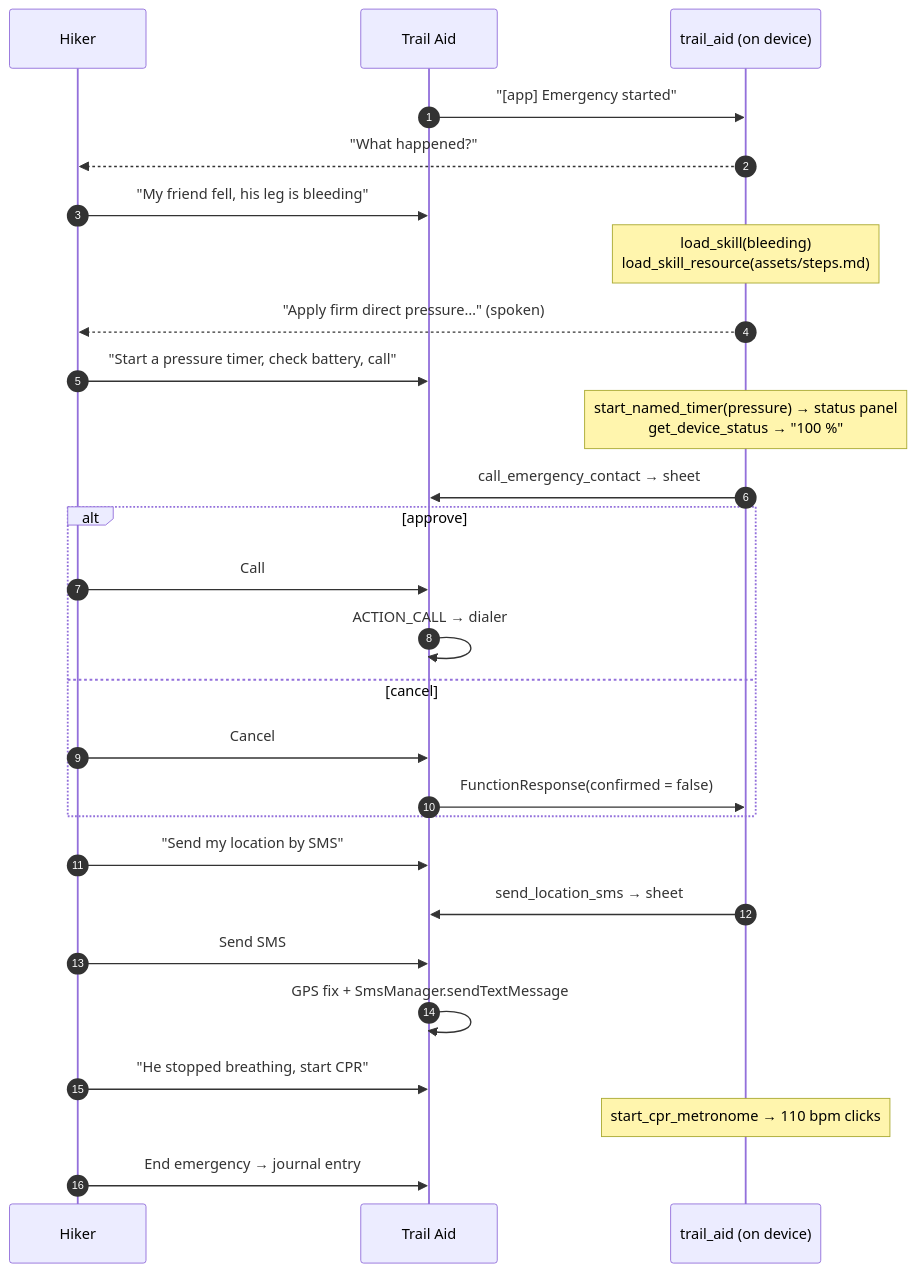
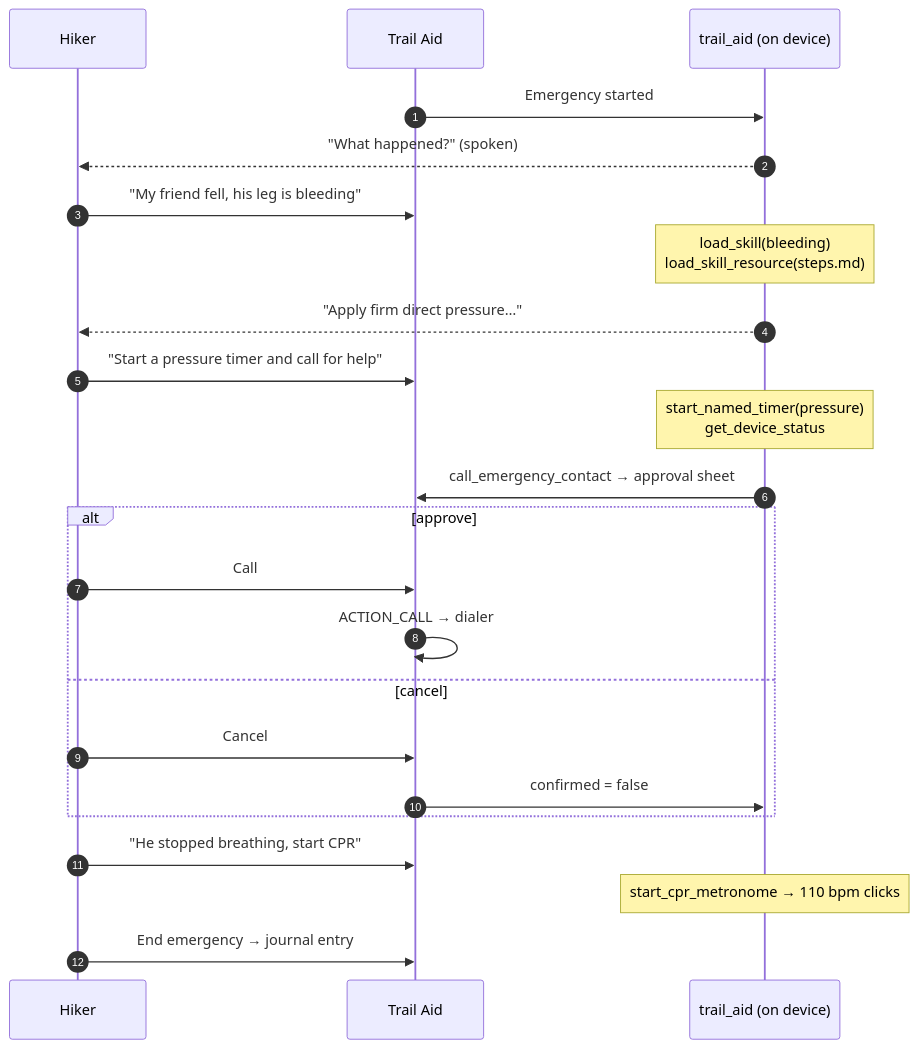
The second of 2 diagrams in README.md (ykro/trail-aid-demo), drawn with Mermaid before and after one commit. The commit also changed other lines of this file and 3 other files, not shown here.

First line of the commit message:
Trail Aid: start the CPR metronome deterministically; clearer diagrams; public repos

````diff
--- a/README.md
+++ b/README.md
@@ -79,29 +51,25 @@
 ```mermaid
 sequenceDiagram
   autonumber
   participant H as Hiker
   participant App as Trail Aid
   participant A as trail_aid (on device)
-  App->>A: "[app] Emergency started"
-  A-->>H: "What happened?"
+  App->>A: Emergency started
+  A-->>H: "What happened?" (spoken)
   H->>App: "My friend fell, his leg is bleeding"
-  Note over A: load_skill(bleeding)<br/>load_skill_resource(assets/steps.md)
-  A-->>H: "Apply firm direct pressure…" (spoken)
-  H->>App: "Start a pressure timer, check battery, call"
-  Note over A: start_named_timer(pressure) → status panel<br/>get_device_status → "100 %"
-  A->>App: call_emergency_contact → sheet
+  Note over A: load_skill(bleeding)<br/>load_skill_resource(steps.md)
+  A-->>H: "Apply firm direct pressure…"
+  H->>App: "Start a pressure timer and call for help"
+  Note over A: start_named_timer(pressure)<br/>get_device_status
+  A->>App: call_emergency_contact → approval sheet
   alt approve
     H->>App: Call
     App->>App: ACTION_CALL → dialer
   else cancel
     H->>App: Cancel
-    App->>A: FunctionResponse(confirmed = false)
+    App->>A: confirmed = false
   end
-  H->>App: "Send my location by SMS"
-  A->>App: send_location_sms → sheet
-  H->>App: Send SMS
-  App->>App: GPS fix + SmsManager.sendTextMessage
   H->>App: "He stopped breathing, start CPR"
   Note over A: start_cpr_metronome → 110 bpm clicks
   H->>App: End emergency → journal entry
 ```
````
